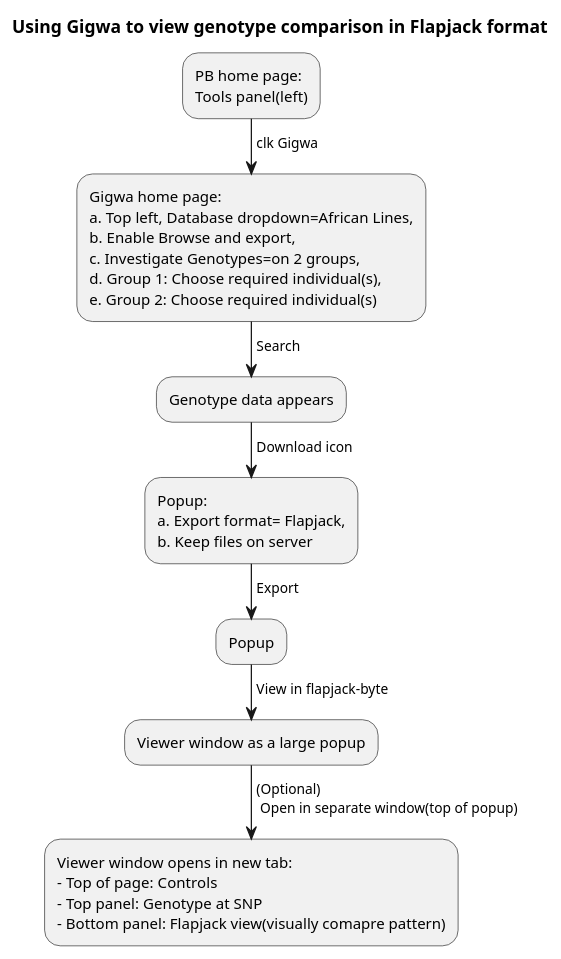
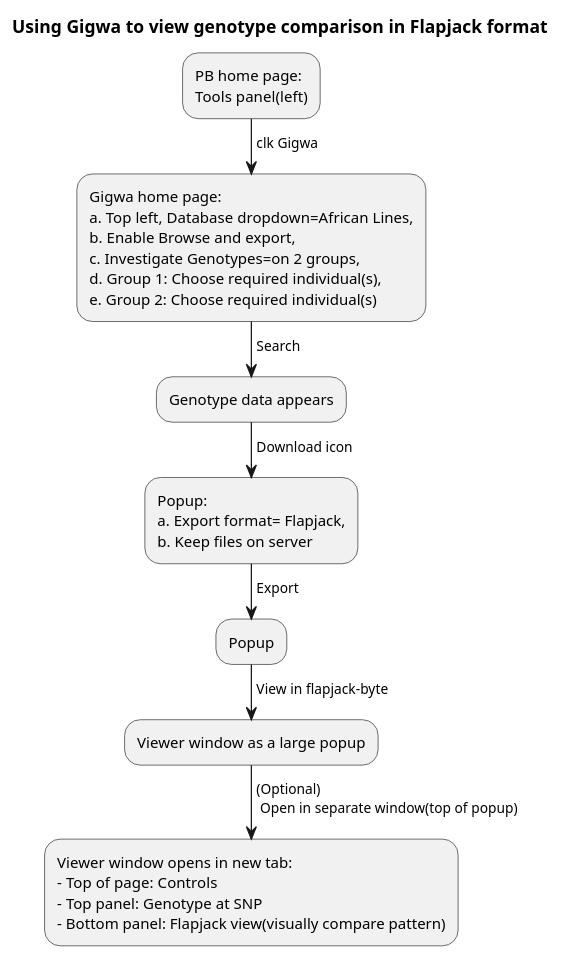
The diagram in userguides/gigwa/gigwa_flapjack-act.puml (PeanutBase/jekyll-peanutbase), drawn with PlantUML before and after one commit. The commit also changed 2 other files, not shown here.

```diff
--- a/userguides/gigwa/gigwa_flapjack-act.puml
+++ b/userguides/gigwa/gigwa_flapjack-act.puml
@@ -1,35 +1,35 @@
 @startuml
 title "Using Gigwa to view genotype comparison in Flapjack format"
 
 :PB home page: 
 Tools panel(left);
 -> clk Gigwa;
 
 :Gigwa home page: 
 a. Top left, Database dropdown=African Lines,
 b. Enable Browse and export,  
 c. Investigate Genotypes=on 2 groups,
 d. Group 1: Choose required individual(s),
 e. Group 2: Choose required individual(s);
 -> Search;
 
 :Genotype data appears;
 -> Download icon;
 
 :Popup:
 a. Export format= Flapjack,
 b. Keep files on server;
 -> Export;
 
 :Popup;
 -> View in flapjack-byte;
 
 :Viewer window as a large popup;
 -> (Optional)\n Open in separate window(top of popup);
 
 :Viewer window opens in new tab:
 - Top of page: Controls
 - Top panel: Genotype at SNP
-- Bottom panel: Flapjack view(visually comapre pattern);
+- Bottom panel: Flapjack view(visually compare pattern);
 
 @enduml
```
